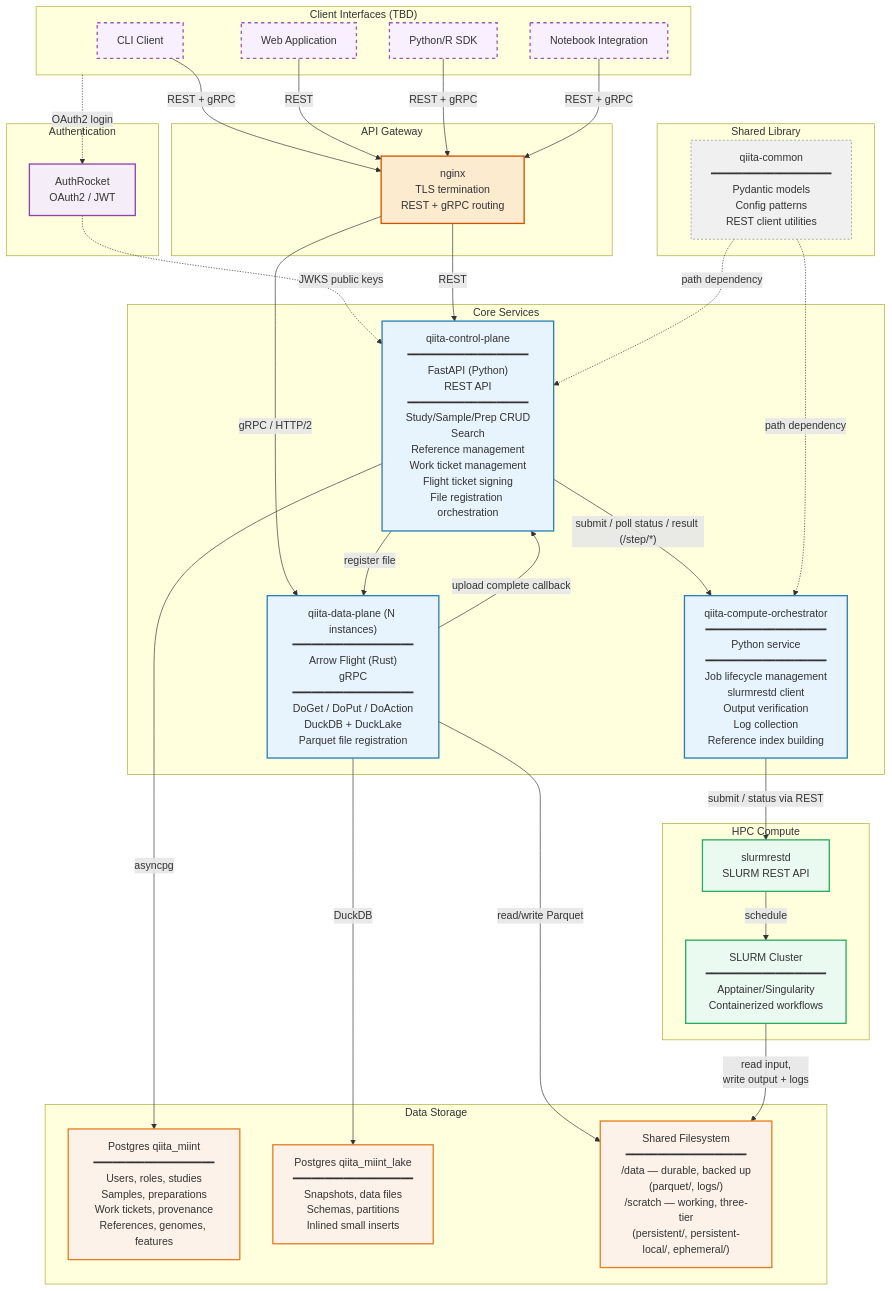
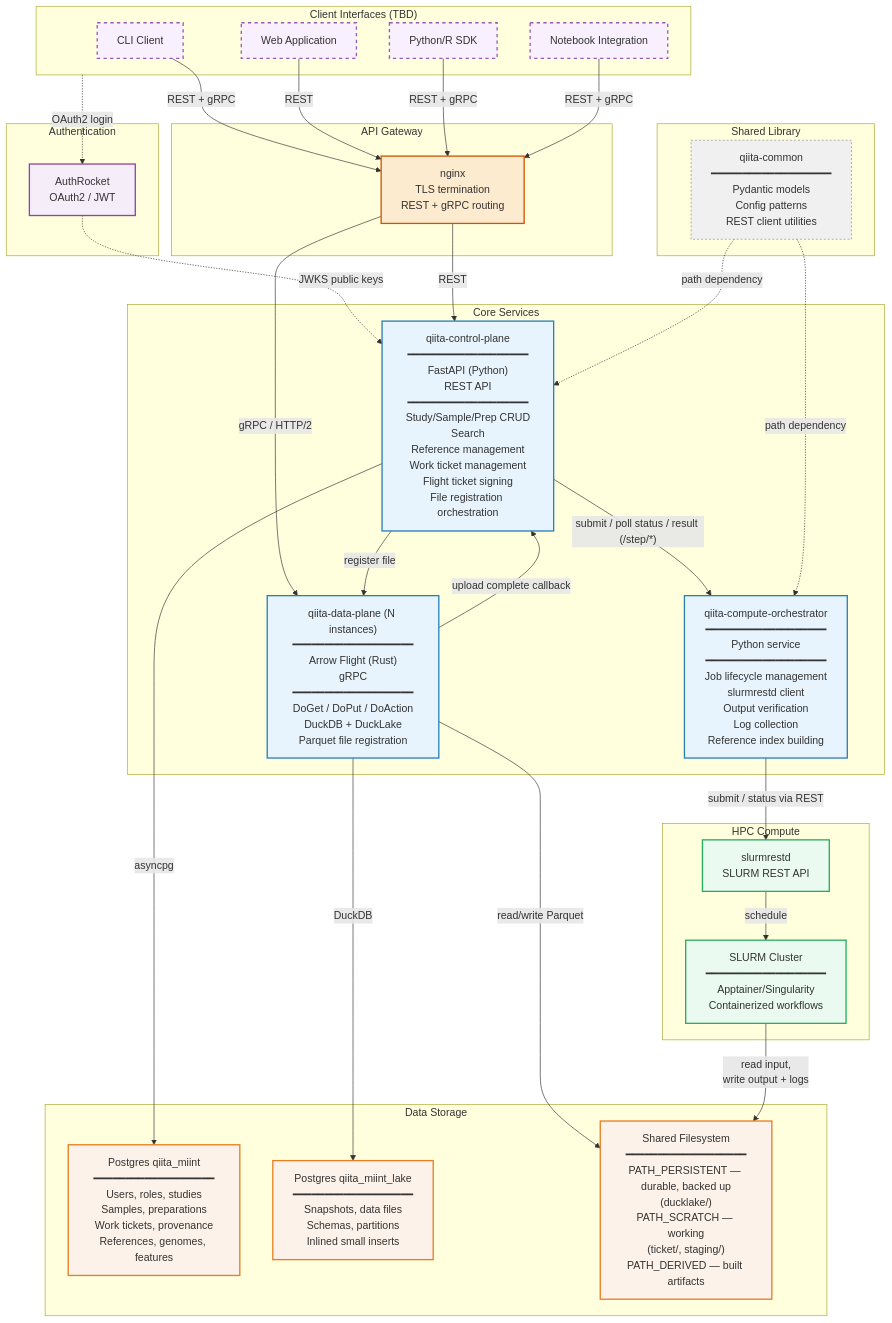
The diagram in docs/architecture/overview.md (the-miint/Qiita), drawn with Mermaid before and after one commit. The commit also changed 4 other files, not shown here.

First line of the commit message:
docs: step logs live in the attempt workspace; drop the unimplemented 45-day ephemeral tier

```diff
--- a/docs/architecture/overview.md
+++ b/docs/architecture/overview.md
@@ -37,7 +37,7 @@
     subgraph storage ["Data Storage"]
         PG_APP["Postgres qiita_miint<br/>━━━━━━━━━━━━━━━━━━━<br/>Users, roles, studies<br/>Samples, preparations<br/>Work tickets, provenance<br/>References, genomes, features"]
         PG_DL["Postgres qiita_miint_lake<br/>━━━━━━━━━━━━━━━━━━━<br/>Snapshots, data files<br/>Schemas, partitions<br/>Inlined small inserts"]
-        FS["Shared Filesystem<br/>━━━━━━━━━━━━━━━━━━━<br/>/data — durable, backed up<br/>(parquet/, logs/)<br/>/scratch — working, three-tier<br/>(persistent/, persistent-local/, ephemeral/)"]
+        FS["Shared Filesystem<br/>━━━━━━━━━━━━━━━━━━━<br/>PATH_PERSISTENT — durable, backed up<br/>(ducklake/)<br/>PATH_SCRATCH — working<br/>(ticket/, staging/)<br/>PATH_DERIVED — built artifacts"]
     end
 
     %% Client connections
```
